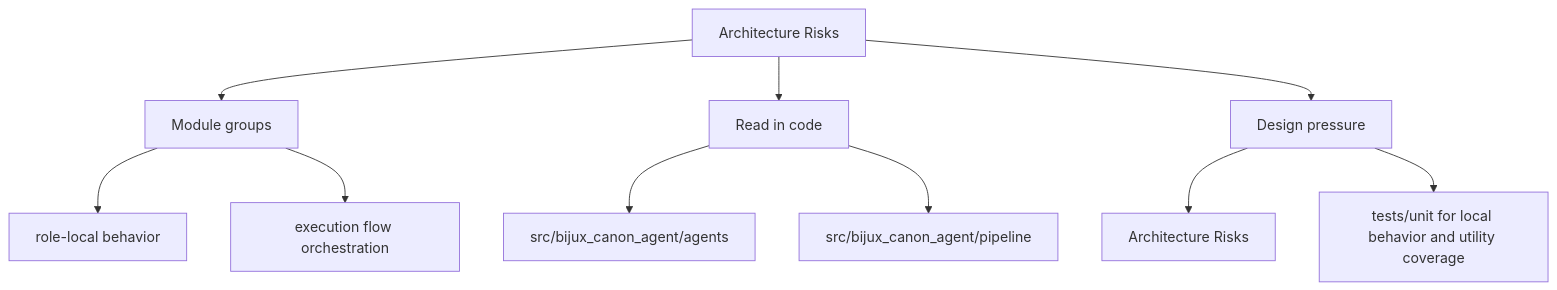
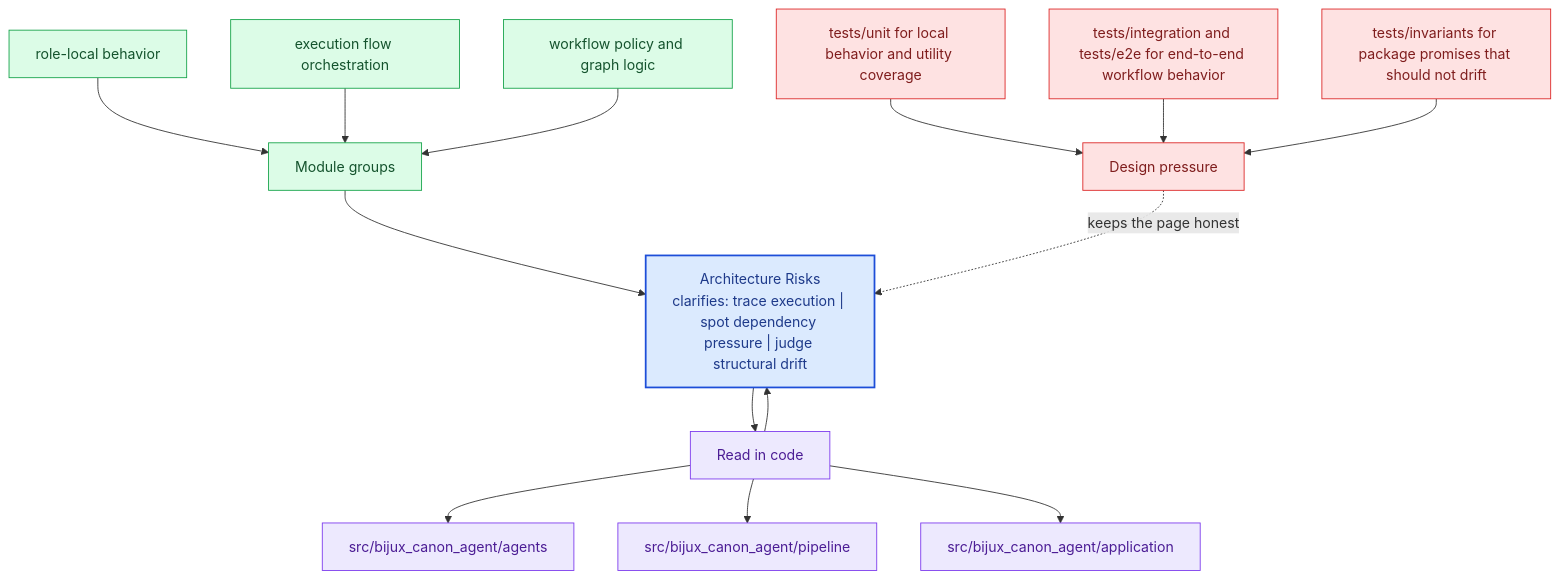
Before and after one commit to bijux/bijux-canon: the second of 2 diagrams in docs/bijux-canon-agent/architecture/architecture-risks.md, drawn with Mermaid. The commit also changed other lines of this file and 281 other files, not shown here.

Commit message:
docs(diagrams): deepen handbook mermaid maps across the catalog

````diff
--- a/docs/bijux-canon-agent/architecture/architecture-risks.md
+++ b/docs/bijux-canon-agent/architecture/architecture-risks.md
@@ -34,22 +67,40 @@
 ```mermaid
-flowchart TD
-    page["Architecture Risks"]
+flowchart TB
+    promise["Architecture Risks<br/>clarifies: trace execution | spot dependency pressure | judge structural drift"]
+    classDef promise fill:#dbeafe,stroke:#1d4ed8,color:#1e3a8a,stroke-width:2px;
+    classDef driver fill:#dcfce7,stroke:#16a34a,color:#14532d;
+    classDef constraint fill:#fee2e2,stroke:#dc2626,color:#7f1d1d;
+    classDef ground fill:#ede9fe,stroke:#7c3aed,color:#4c1d95;
     focus1["Module groups"]
-    page --> focus1
+    focus1 --> promise
     focus1_1["role-local behavior"]
-    focus1 --> focus1_1
+    focus1_1 --> focus1
     focus1_2["execution flow orchestration"]
-    focus1 --> focus1_2
+    focus1_2 --> focus1
+    focus1_3["workflow policy and graph logic"]
+    focus1_3 --> focus1
+    class focus1 driver;
+    class focus1_1,focus1_2,focus1_3 driver;
     focus2["Read in code"]
-    page --> focus2
+    focus2 --> promise
+    promise --> focus2
     focus2_1["src/bijux_canon_agent/agents"]
     focus2 --> focus2_1
     focus2_2["src/bijux_canon_agent/pipeline"]
     focus2 --> focus2_2
+    focus2_3["src/bijux_canon_agent/application"]
+    focus2 --> focus2_3
+    class focus2 ground;
+    class focus2_1,focus2_2,focus2_3 ground;
     focus3["Design pressure"]
-    page --> focus3
-    focus3_1["Architecture Risks"]
-    focus3 --> focus3_1
-    focus3_2["tests/unit for local behavior and utility coverage"]
-    focus3 --> focus3_2
+    focus3 -.keeps the page honest.-> promise
+    focus3_1["tests/unit for local behavior and utility coverage"]
+    focus3_1 --> focus3
+    focus3_2["tests/integration and tests/e2e for end-to-end workflow behavior"]
+    focus3_2 --> focus3
+    focus3_3["tests/invariants for package promises that should not drift"]
+    focus3_3 --> focus3
+    class focus3 constraint;
+    class focus3_1,focus3_2,focus3_3 constraint;
+    class promise promise;
 ```
````
